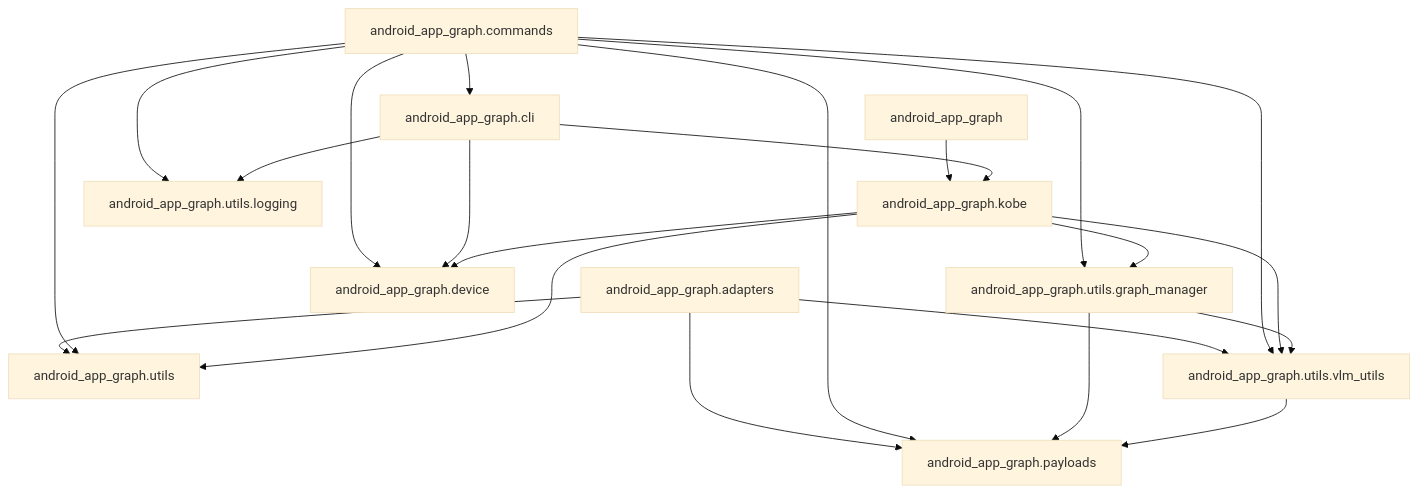
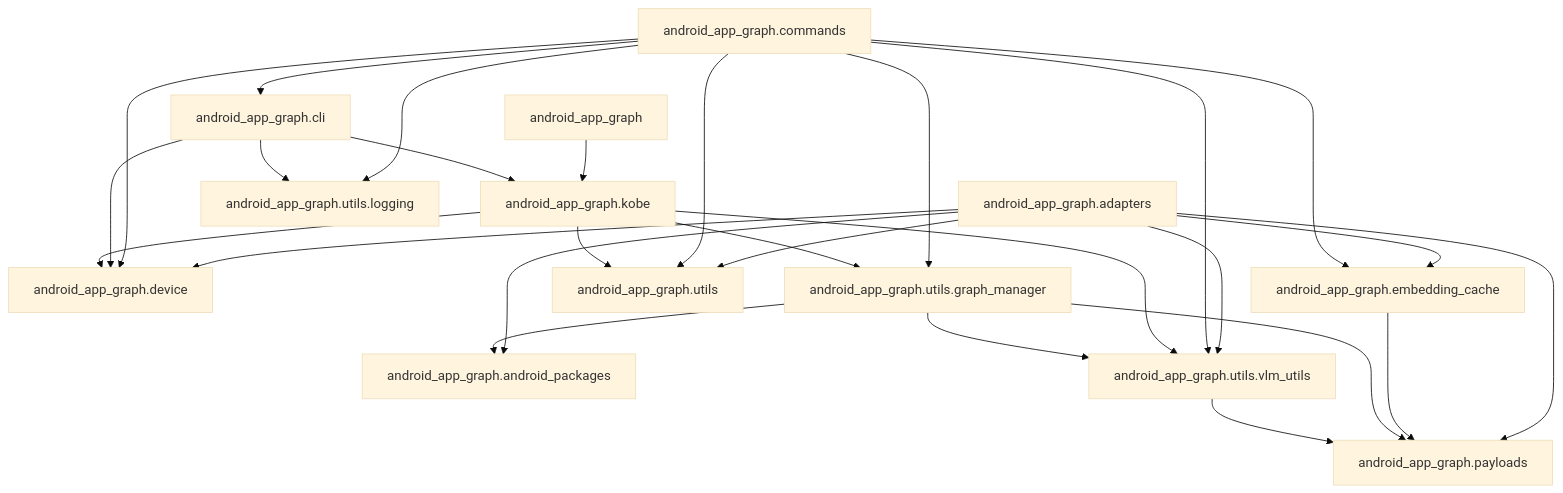
The diagram in README.md (john-agi/Android-App-Graph), drawn with Mermaid (base theme) before and after one commit. The commit also changed 15 other files, not shown here.

First line of the commit message:
refactor: consolidate package, embedding-cache and keyboard-probe duplicates

````diff
--- a/README.md
+++ b/README.md
@@ -67,24 +67,29 @@
 ```mermaid
 graph TD;
     pkg["android_app_graph"] --> kobe["android_app_graph.kobe"];
-    adapters["android_app_graph.adapters"] --> pay["android_app_graph.payloads"];
+    adapters["android_app_graph.adapters"] --> pkgs["android_app_graph.android_packages"];
+    adapters --> dev["android_app_graph.device"];
+    adapters --> ec["android_app_graph.embedding_cache"];
+    adapters --> pay["android_app_graph.payloads"];
     adapters --> utils["android_app_graph.utils"];
     adapters --> vlm["android_app_graph.utils.vlm_utils"];
     cmd["android_app_graph.commands"] --> cli["android_app_graph.cli"];
-    cmd --> dev["android_app_graph.device"];
-    cmd --> pay;
+    cmd --> dev;
+    cmd --> ec;
     cmd --> utils;
     cmd --> gm["android_app_graph.utils.graph_manager"];
     cmd --> logging["android_app_graph.utils.logging"];
     cmd --> vlm;
     cli --> dev;
     cli --> kobe;
     cli --> logging;
+    ec --> pay;
     kobe --> dev;
     kobe --> utils;
     kobe --> gm;
     kobe --> vlm;
+    gm --> pkgs;
     gm --> pay;
     gm --> vlm;
     vlm --> pay;
 ```
````
